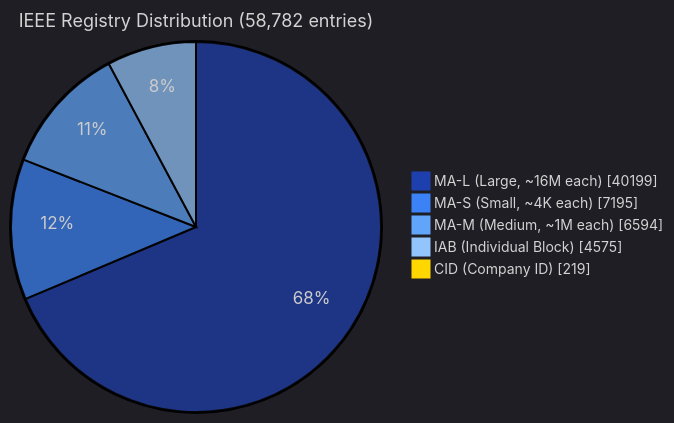
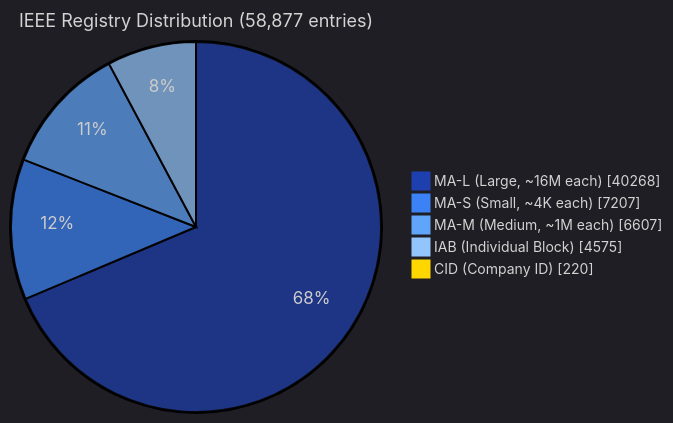
The third of 5 diagrams in data/readmes/Ringmast4r__OUI-Master-Database.md (zqf20096327/dbhub_collect), drawn with Mermaid before and after one commit. The commit also changed other lines of this file and 1757 other files, not shown here.

````diff
--- a/data/readmes/Ringmast4r__OUI-Master-Database.md
+++ b/data/readmes/Ringmast4r__OUI-Master-Database.md
@@ -208,10 +133,10 @@
 ```mermaid
 %%{init: {'theme':'dark', 'themeVariables': {'pie1':'#1E40AF','pie2':'#3B82F6','pie3':'#60A5FA','pie4':'#93C5FD','pie5':'#FFD700','pieTitleTextSize':'18px','pieLegendTextSize':'14px'}}}%%
 pie showData
-    title IEEE Registry Distribution (58,782 entries)
-    "MA-L (Large, ~16M each)" : 40199
-    "MA-S (Small, ~4K each)" : 7195
-    "MA-M (Medium, ~1M each)" : 6594
+    title IEEE Registry Distribution (58,877 entries)
+    "MA-L (Large, ~16M each)" : 40268
+    "MA-S (Small, ~4K each)" : 7207
+    "MA-M (Medium, ~1M each)" : 6607
     "IAB (Individual Block)" : 4575
-    "CID (Company ID)" : 219
+    "CID (Company ID)" : 220
 ```
````
